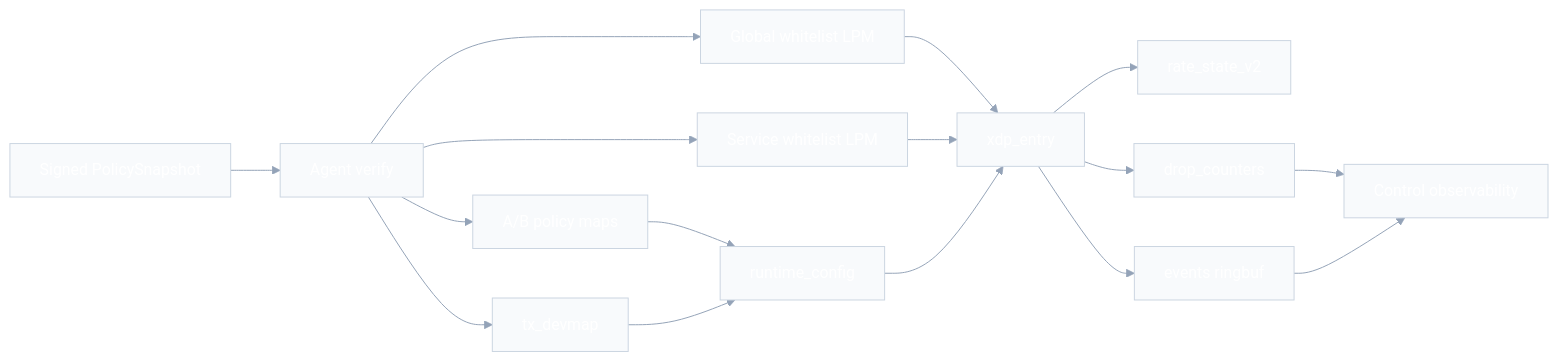
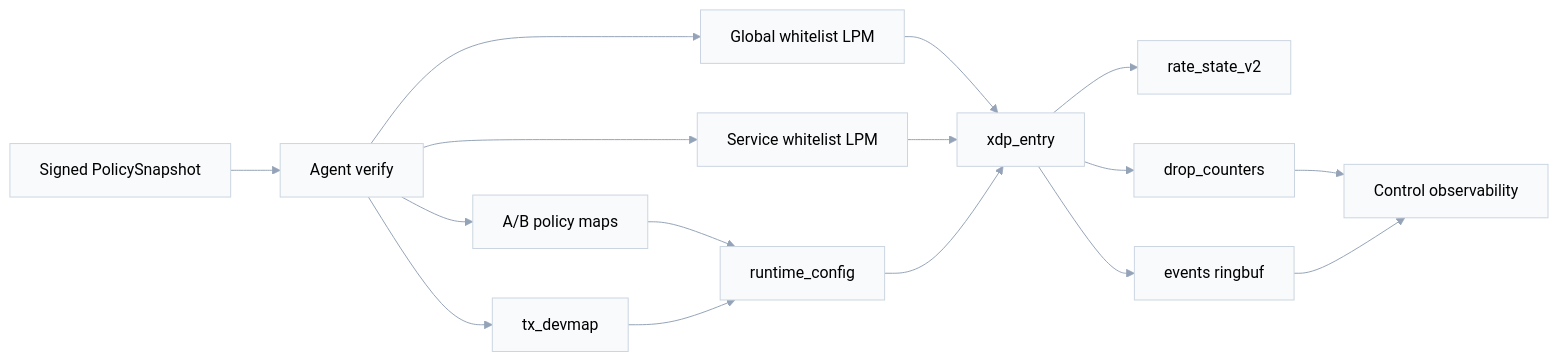
The diagram in docs/diagrams/low-level-design/bpf-map-contract.mmd (ken9xkyo/anti-ddos), drawn with Mermaid before and after one commit. The commit also changed 8 other files, not shown here.

Commit message:
Update diagram

```diff
--- a/docs/diagrams/low-level-design/bpf-map-contract.mmd
+++ b/docs/diagrams/low-level-design/bpf-map-contract.mmd
@@ -1,30 +1,30 @@
-%%{init: {'theme': 'base', 'themeVariables': {'primaryColor': '#4f46e5', 'primaryTextColor': '#ffffff', 'primaryBorderColor': '#3730a3', 'lineColor': '#94a3b8', 'secondaryColor': '#10b981', 'tertiaryColor': '#f59e0b', 'background': '#ffffff', 'mainBkg': '#f8fafc', 'nodeBorder': '#cbd5e1', 'clusterBkg': '#f1f5f9', 'clusterBorder': '#e2e8f0', 'titleColor': '#1e293b', 'edgeLabelBackground': '#ffffff', 'textColor': '#334155'}}}%%
+%%{init: {'theme': 'base', 'themeVariables': {'primaryColor': '#4f46e5', 'primaryTextColor': '#000000', 'primaryBorderColor': '#3730a3', 'lineColor': '#94a3b8', 'secondaryColor': '#10b981', 'tertiaryColor': '#f59e0b', 'background': '#ffffff', 'mainBkg': '#f8fafc', 'nodeBorder': '#cbd5e1', 'clusterBkg': '#f1f5f9', 'clusterBorder': '#e2e8f0', 'titleColor': '#000000', 'edgeLabelBackground': '#ffffff', 'textColor': '#000000', 'nodeTextColor': '#000000', 'labelTextColor': '#000000'}}}%%
 flowchart LR
     snapshot[Signed PolicySnapshot]
     verify[Agent verify]
     globalWl[Global whitelist LPM]
     serviceWl[Service whitelist LPM]
     policyMaps[A/B policy maps]
     devmap[tx_devmap]
     runtime[runtime_config]
     xdp[xdp_entry]
     rateState[rate_state_v2]
     counters[drop_counters]
     ringbuf[events ringbuf]
     control[Control observability]
 
     snapshot --> verify
     verify --> globalWl
     verify --> serviceWl
     verify --> policyMaps
     verify --> devmap
     globalWl --> xdp
     serviceWl --> xdp
     policyMaps --> runtime
     devmap --> runtime
     runtime --> xdp
     xdp --> rateState
     xdp --> counters
     xdp --> ringbuf
     counters --> control
     ringbuf --> control
```
